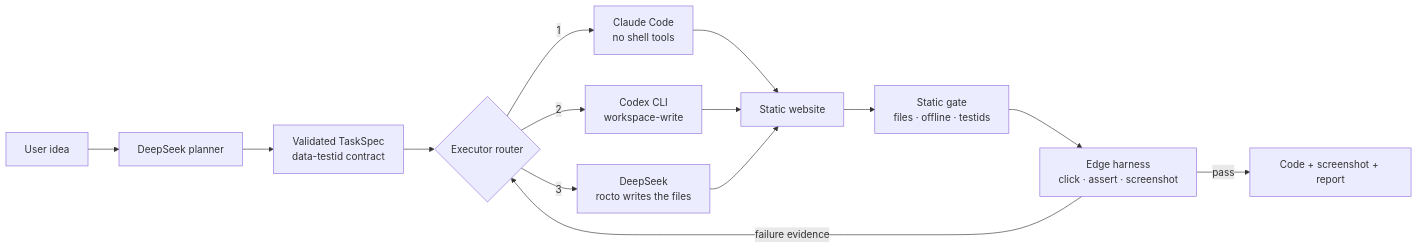
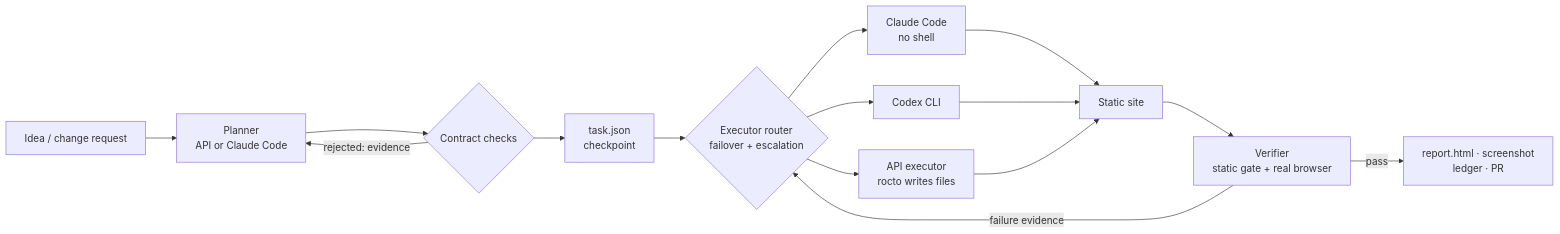
One commit to luminous-creator/Rainbow-Octopus changed the diagram in README.md. Above: the diagram before and after it, drawn with Mermaid. The commit also changed other lines of this file and 19 other files, not shown here.

````diff
--- a/README.md
+++ b/README.md
@@ -282,16 +302,17 @@
 ```mermaid
 flowchart LR
-    U["User idea"] --> P["DeepSeek planner"]
-    P --> T["Validated TaskSpec<br/>data-testid contract"]
-    T --> R{"Executor router"}
-    R -->|1| CC["Claude Code<br/>no shell tools"]
-    R -->|2| CX["Codex CLI<br/>workspace-write"]
-    R -->|3| DS["DeepSeek<br/>rocto writes the files"]
-    CC --> W["Static website"]
+    U["Idea / change request"] --> P["Planner<br/>API or Claude Code"]
+    P --> C{"Contract checks"}
+    C -->|rejected: evidence| P
+    C --> T["task.json<br/>checkpoint"]
+    T --> R{"Executor router<br/>failover + escalation"}
+    R --> CC["Claude Code<br/>no shell"]
+    R --> CX["Codex CLI"]
+    R --> DS["API executor<br/>rocto writes files"]
+    CC --> W["Static site"]
     CX --> W
     DS --> W
-    W --> S["Static gate<br/>files · offline · testids"]
-    S --> V["Edge harness<br/>click · assert · screenshot"]
+    W --> V["Verifier<br/>static gate + real browser"]
     V -->|failure evidence| R
-    V -->|pass| A["Code + screenshot + report"]
+    V -->|pass| A["report.html · screenshot<br/>ledger · PR"]
 ```
````
